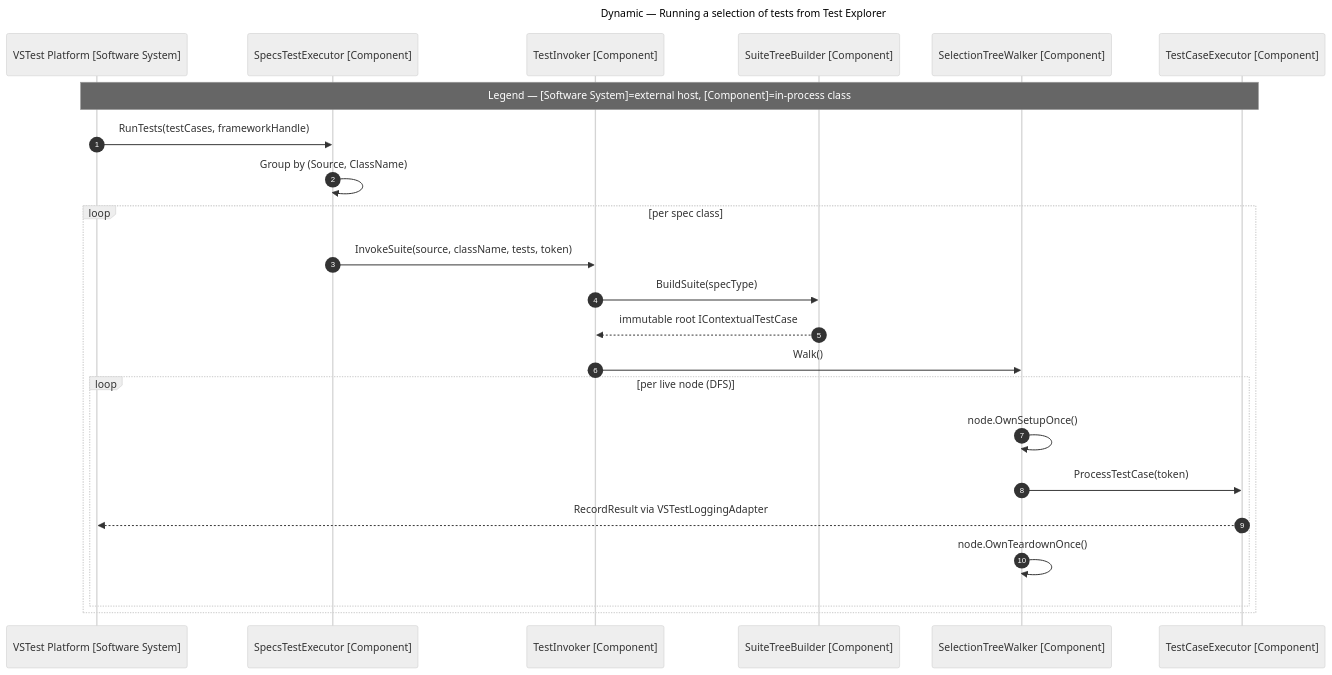
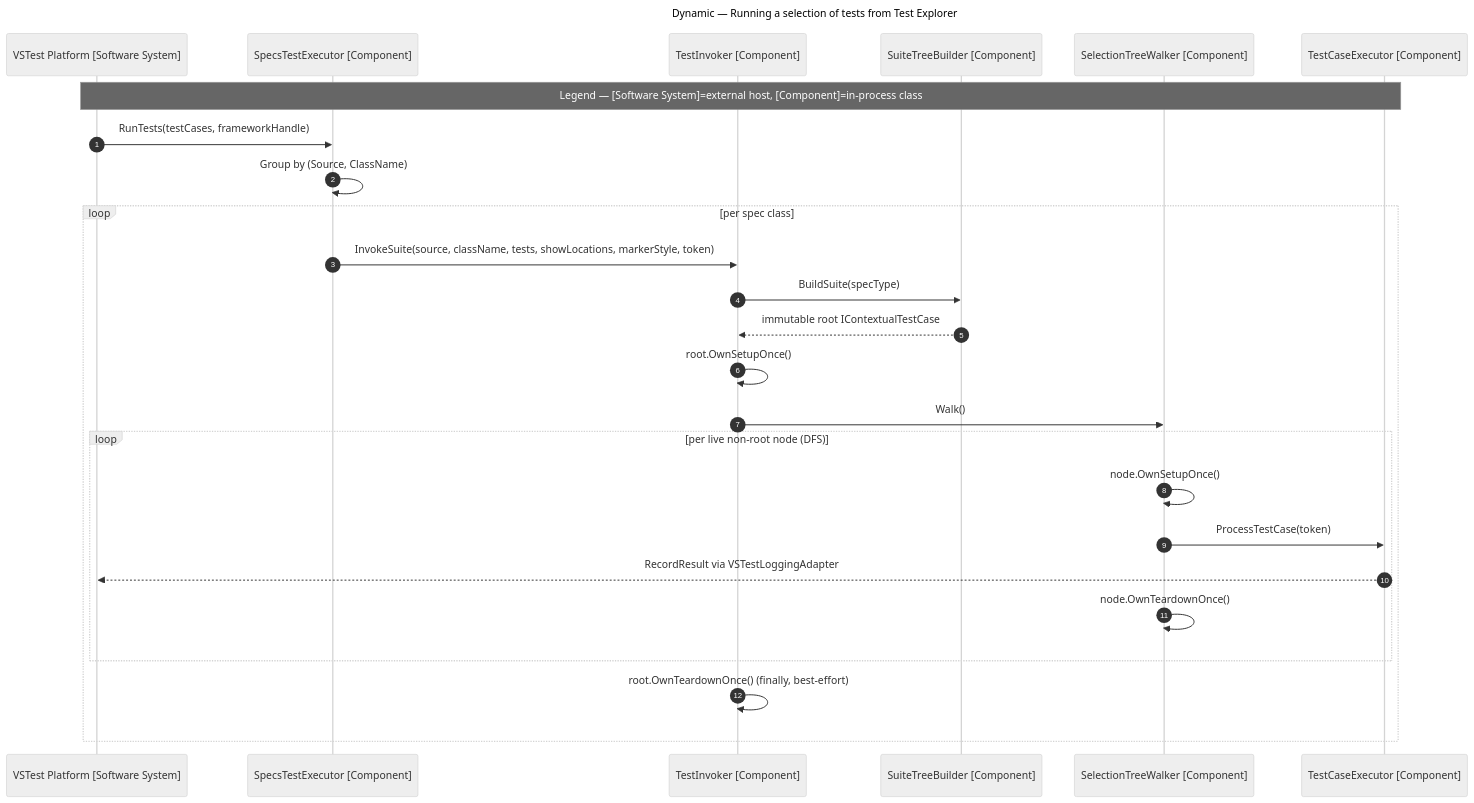
One commit to yozepi/Specs changed diagram 15 of 15 in memory-bank/systemPatterns.md. Above: the diagram before and after it, drawn with Mermaid. The commit also changed other lines of this file and 30 other files, not shown here.

````diff
--- a/memory-bank/systemPatterns.md
+++ b/memory-bank/systemPatterns.md
@@ -533,29 +673,31 @@
 ```mermaid
 ---
 title: "Dynamic — Running a selection of tests from Test Explorer"
 ---
 %%{init: {'theme': 'neutral'}}%%
 sequenceDiagram
     autonumber
     participant VST as VSTest Platform [Software System]
     participant EXR as SpecsTestExecutor [Component]
     participant INV as TestInvoker [Component]
     participant SB as SuiteTreeBuilder [Component]
     participant SW as SelectionTreeWalker [Component]
     participant EXE as TestCaseExecutor [Component]
     Note over VST,EXE: Legend — [Software System]=external host, [Component]=in-process class
     VST->>EXR: RunTests(testCases, frameworkHandle)
     EXR->>EXR: Group by (Source, ClassName)
     loop per spec class
-        EXR->>INV: InvokeSuite(source, className, tests, token)
+        EXR->>INV: InvokeSuite(source, className, tests, showLocations, markerStyle, token)
         INV->>SB: BuildSuite(specType)
         SB-->>INV: immutable root IContextualTestCase
+        INV->>INV: root.OwnSetupOnce()
         INV->>SW: Walk()
-        loop per live node (DFS)
+        loop per live non-root node (DFS)
             SW->>SW: node.OwnSetupOnce()
             SW->>EXE: ProcessTestCase(token)
             EXE-->>VST: RecordResult via VSTestLoggingAdapter
             SW->>SW: node.OwnTeardownOnce()
         end
+        INV->>INV: root.OwnTeardownOnce() (finally, best-effort)
     end
 ```
````
